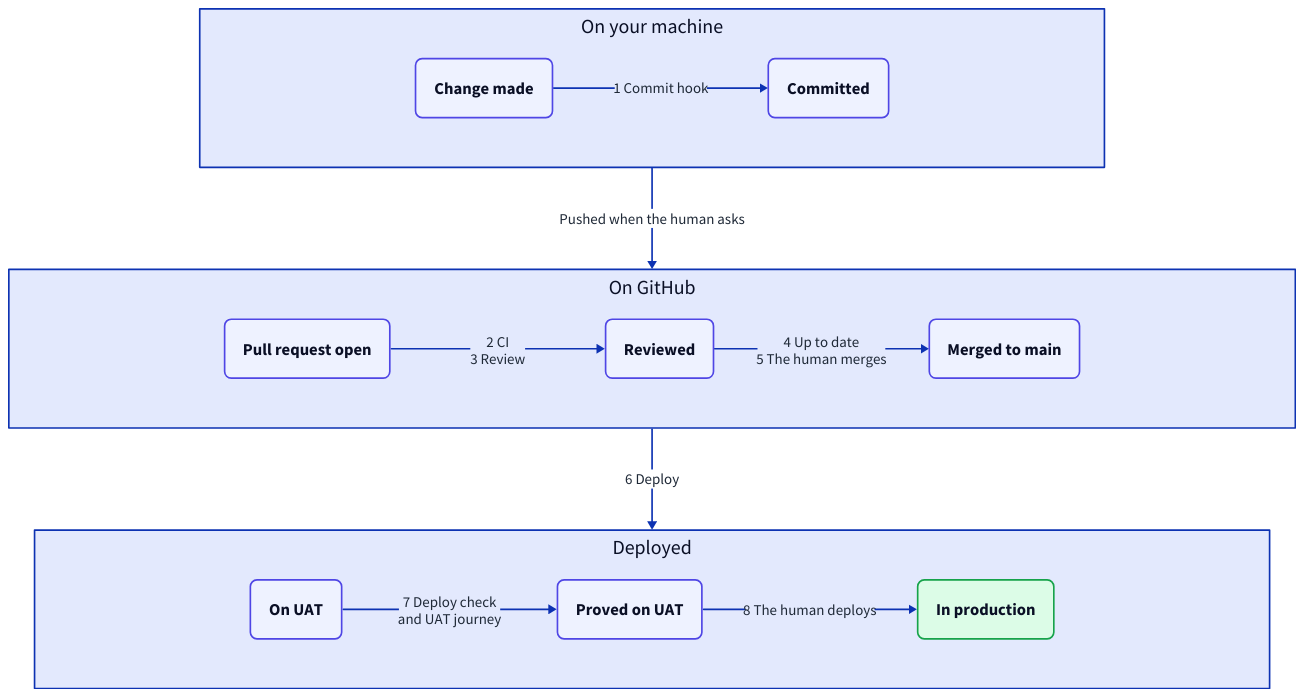
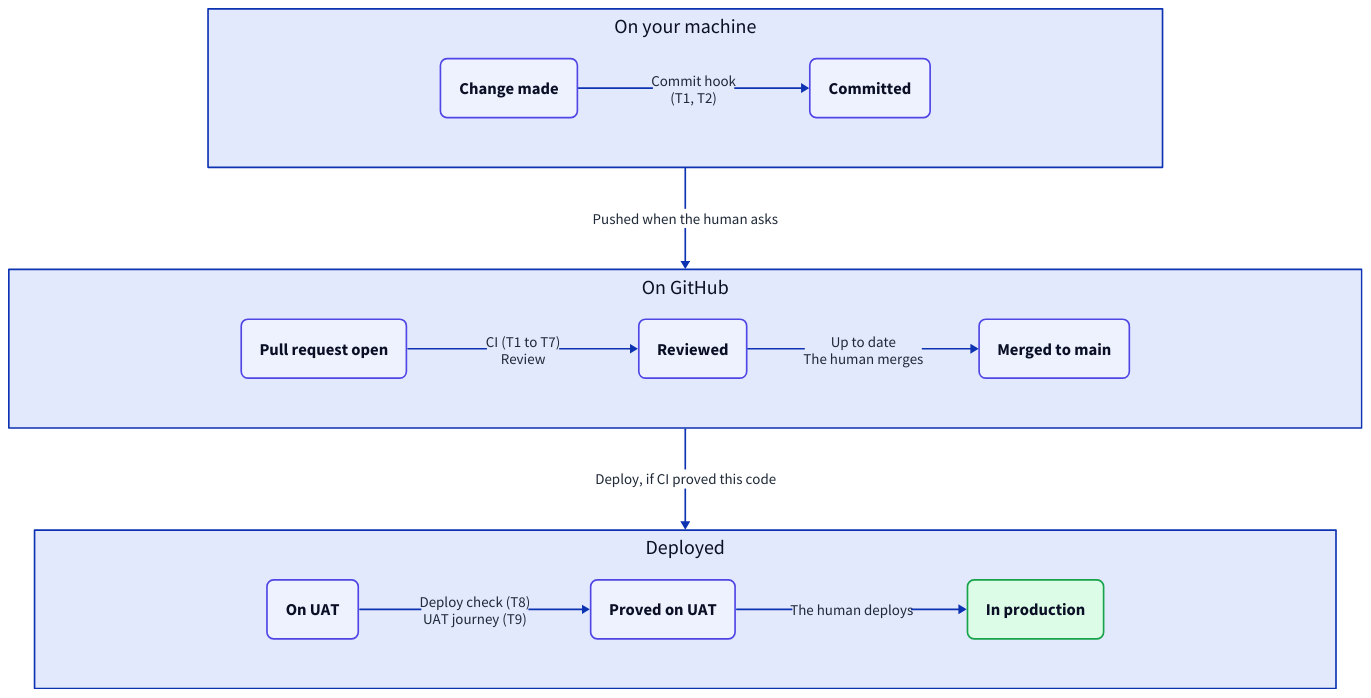
One commit to kasey-purvor/skills changed the diagram in set-up-sdlc/example_pipeline.d2. Above: the diagram before and after it, drawn with D2. The commit also changed 3 other files, not shown here.

Commit message:
set-up-sdlc: drop the gates list from the example (it repeated the git section); diagram labels name the tests

```diff
--- a/set-up-sdlc/example_pipeline.d2
+++ b/set-up-sdlc/example_pipeline.d2
@@ -1,63 +1,63 @@
 # The route a change takes, for AGENTS-example.md.
 # Render to example_pipeline.png (layout elk, pad 40) whenever this changes.
 direction: down
 
 classes: {
   station: {
     style: {
       fill: "#eef2ff"
       stroke: "#4f46e5"
       border-radius: 8
       font-size: 20
     }
   }
   finish: {
     style: {
       fill: "#dcfce7"
       stroke: "#16a34a"
       border-radius: 8
       font-size: 20
     }
   }
   gate: {
     style: {
       font-size: 18
       font-color: "#1f2937"
       italic: false
     }
   }
 }
 
 local: On your machine {
   grid-rows: 1
-  horizontal-gap: 260
+  horizontal-gap: 280
   style.font-size: 24
   change: Change made {class: station}
   commit: Committed {class: station}
-  change -> commit: 1 Commit hook {class: gate}
+  change -> commit: Commit hook\n(T1, T2) {class: gate}
 }
 
 github: On GitHub {
   grid-rows: 1
-  horizontal-gap: 260
+  horizontal-gap: 280
   style.font-size: 24
   pr: Pull request open {class: station}
   reviewed: Reviewed {class: station}
   merged: Merged to main {class: station}
-  pr -> reviewed: 2 CI\n3 Review {class: gate}
-  reviewed -> merged: 4 Up to date\n5 The human merges {class: gate}
+  pr -> reviewed: CI (T1 to T7)\nReview {class: gate}
+  reviewed -> merged: Up to date\nThe human merges {class: gate}
 }
 
 deployed: Deployed {
   grid-rows: 1
-  horizontal-gap: 260
+  horizontal-gap: 280
   style.font-size: 24
   uat: On UAT {class: station}
   proved: Proved on UAT {class: station}
   prod: In production {class: finish}
-  uat -> proved: 7 Deploy check\nand UAT journey {class: gate}
-  proved -> prod: 8 The human deploys {class: gate}
+  uat -> proved: Deploy check (T8)\nUAT journey (T9) {class: gate}
+  proved -> prod: The human deploys {class: gate}
 }
 
 local -> github: Pushed when the human asks {class: gate}
-github -> deployed: 6 Deploy {class: gate}
+github -> deployed: Deploy, if CI proved this code {class: gate}
```
